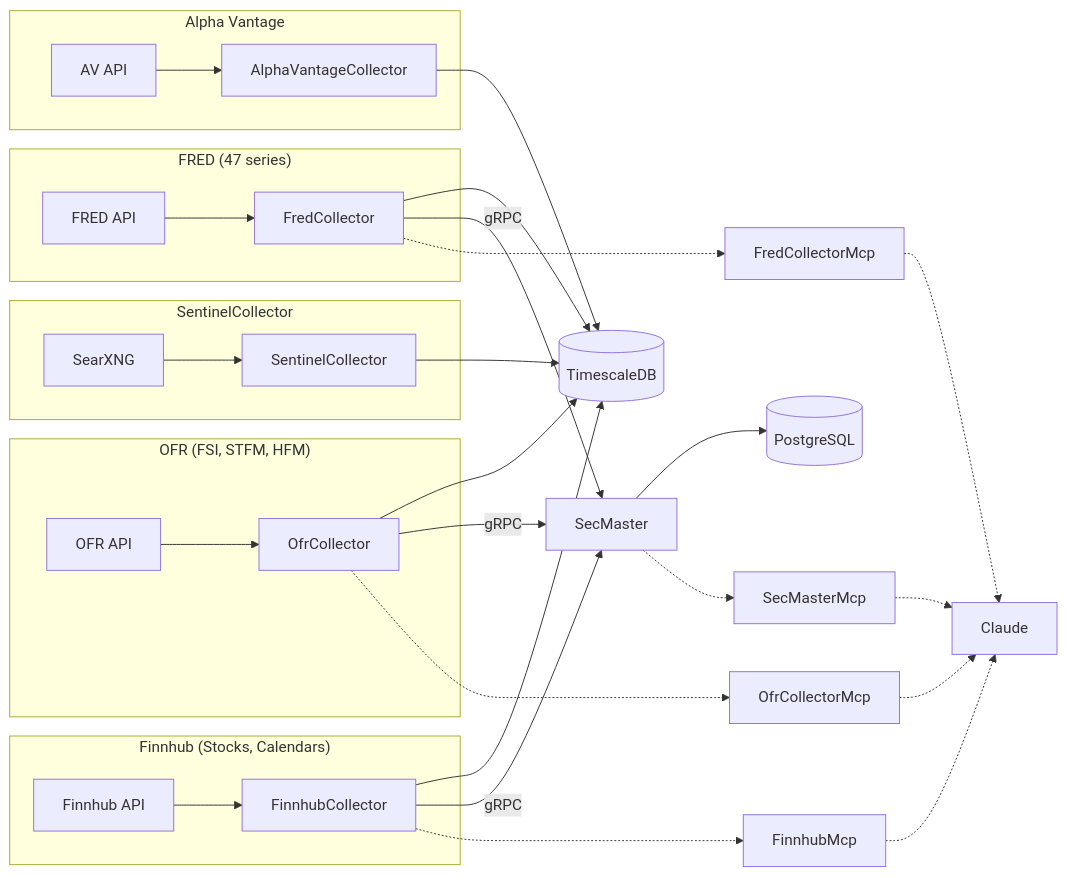
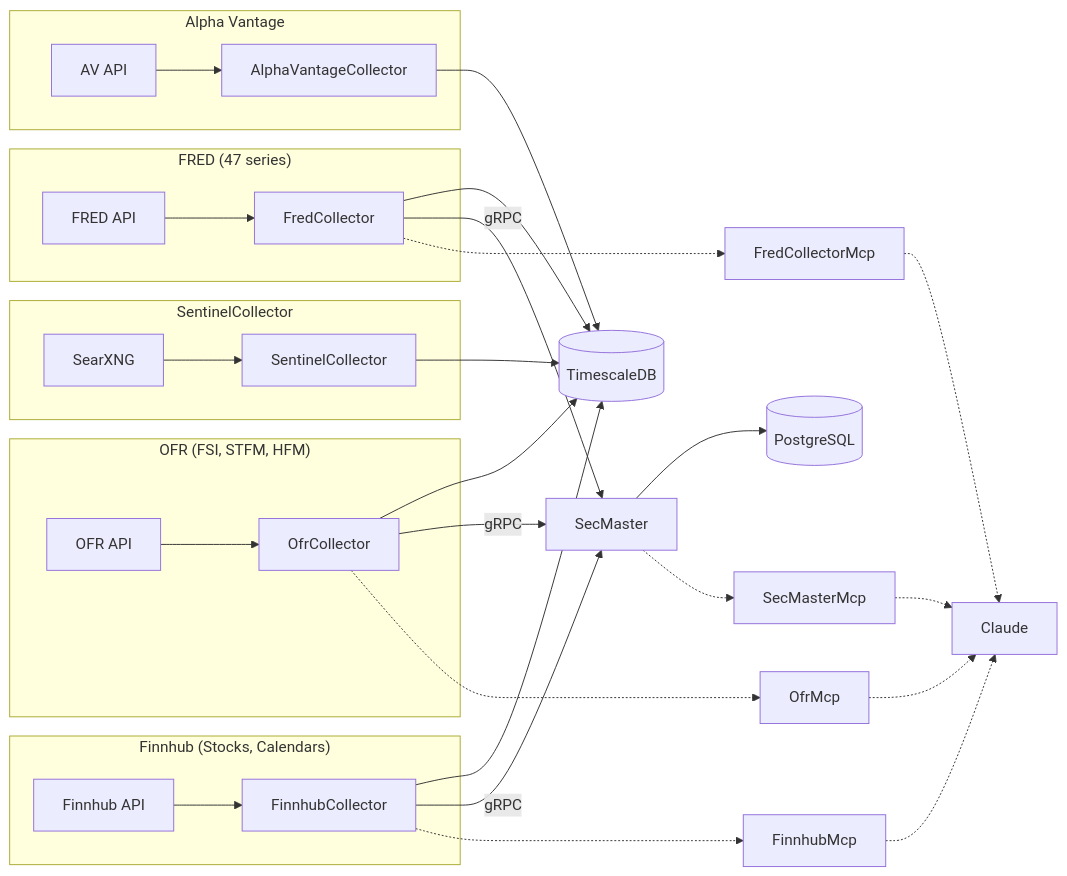
Before and after one commit to jpansarasa/ATLAS-Docs: the third of 4 diagrams in docs/ARCHITECTURE.md, drawn with Mermaid. The commit also changed other lines of this file and 7 other files, not shown here.

````diff
--- a/docs/ARCHITECTURE.md
+++ b/docs/ARCHITECTURE.md
@@ -192,43 +192,43 @@
 ```mermaid
 flowchart LR
     subgraph FRED["FRED (47 series)"]
         FA[FRED API] --> FC[FredCollector]
     end
 
     subgraph AV["Alpha Vantage"]
         AVA[AV API] --> AVC[AlphaVantageCollector]
     end
 
     subgraph OFR["OFR (FSI, STFM, HFM)"]
         OA[OFR API] --> OC[OfrCollector]
     end
 
     subgraph Finnhub["Finnhub (Stocks, Calendars)"]
         FHA[Finnhub API] --> FHC[FinnhubCollector]
     end
 
     subgraph Sentinel["SentinelCollector"]
         SX[SearXNG] --> SC[SentinelCollector]
     end
 
     FC --> DB[(TimescaleDB)]
     AVC --> DB
     OC --> DB
     FHC --> DB
     SC --> DB
 
     FC -->|gRPC| SM[SecMaster]
     OC -->|gRPC| SM
     FHC -->|gRPC| SM
     SM --> PG[(PostgreSQL)]
 
     FC -.-> FM[FredCollectorMcp]
-    OC -.-> OM[OfrCollectorMcp]
+    OC -.-> OM[OfrMcp]
     FHC -.-> FHM[FinnhubMcp]
     SM -.-> SMM[SecMasterMcp]
 
     FM -.-> C[Claude]
     OM -.-> C
     FHM -.-> C
     SMM -.-> C
 ```
````
